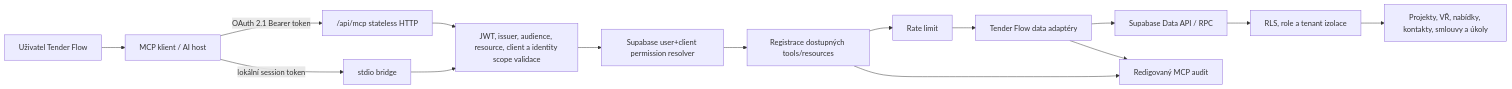
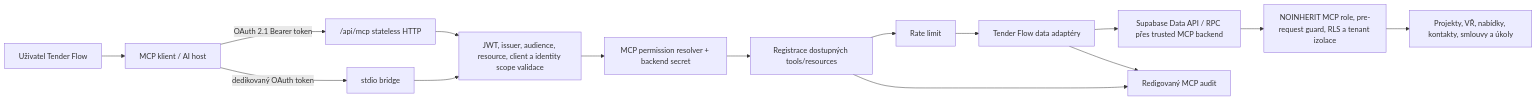
Before and after one commit to Martin82K/Tender-Flow: the diagram in docs/mcp/architecture.md, drawn with Mermaid. The commit also changed other lines of this file and 21 other files, not shown here.

````diff
--- a/docs/mcp/architecture.md
+++ b/docs/mcp/architecture.md
@@ -9,17 +9,17 @@
 ```mermaid
 flowchart LR
   U["Uživatel Tender Flow"] --> C["MCP klient / AI host"]
   C -->|"OAuth 2.1 Bearer token"| H["/api/mcp stateless HTTP"]
-  C -->|"lokální session token"| S["stdio bridge"]
+  C -->|"dedikovaný OAuth token"| S["stdio bridge"]
   H --> V["JWT, issuer, audience, resource, client a identity scope validace"]
   S --> V
-  V --> G["Supabase user+client permission resolver"]
+  V --> G["MCP permission resolver + backend secret"]
   G --> P["Registrace dostupných tools/resources"]
   P --> R["Rate limit"]
   R --> D["Tender Flow data adaptéry"]
-  D --> Q["Supabase Data API / RPC"]
-  Q --> A["RLS, role a tenant izolace"]
+  D --> Q["Supabase Data API / RPC přes trusted MCP backend"]
+  Q --> A["NOINHERIT MCP role, pre-request guard, RLS a tenant izolace"]
   A --> B["Projekty, VŘ, nabídky, kontakty, smlouvy a úkoly"]
   P --> L["Redigovaný MCP audit"]
   D --> L
 ```
````
